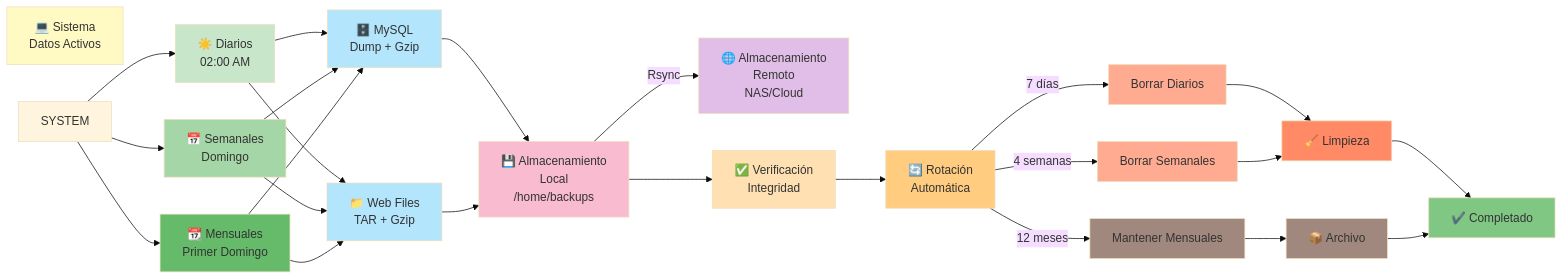
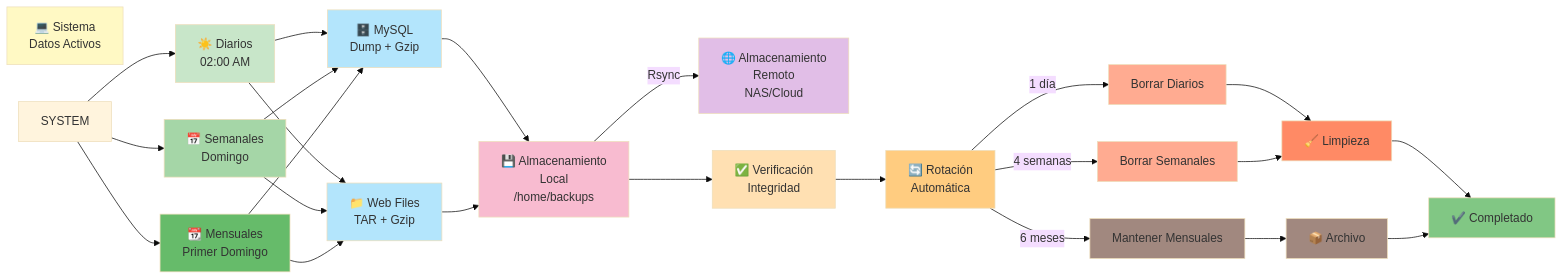
The diagram in docs/04-instalacion/backups.md (vjp-darioMR/infraestructura-lamp), drawn with Mermaid (base theme) before and after one commit. The commit also changed other lines of this file and 1 other file, not shown here.

Commit message:
Correcciones tras revisión: añadidos puertos en diagrama y sintaxis de código

````diff
--- a/docs/04-instalacion/backups.md
+++ b/docs/04-instalacion/backups.md
@@ -9,57 +9,57 @@
 ```mermaid
 graph LR
     SISTEMA["💻 Sistema<br/>Datos Activos"]
     
     DAILY["☀️ Diarios<br/>02:00 AM"]
     WEEKLY["📅 Semanales<br/>Domingo"]
     MONTHLY["📆 Mensuales<br/>Primer Domingo"]
     
     LOCAL["💾 Almacenamiento<br/>Local<br/>/home/backups"]
     REMOTE["🌐 Almacenamiento<br/>Remoto<br/>NAS/Cloud"]
     
     MYSQL["🗄️ MySQL<br/>Dump + Gzip"]
     WEB["📁 Web Files<br/>TAR + Gzip"]
     
     SYSTEM --> DAILY & WEEKLY & MONTHLY
     DAILY --> MYSQL & WEB
     WEEKLY --> MYSQL & WEB
     MONTHLY --> MYSQL & WEB
     
     MYSQL --> LOCAL
     WEB --> LOCAL
     
     LOCAL -->|Rsync| REMOTE
     
     VERIFY["✅ Verificación<br/>Integridad"]
     LOCAL --> VERIFY
     
     RETENTION["🔄 Rotación<br/>Automática"]
     VERIFY --> RETENTION
     
-    RETENTION -->|7 días| DAILY_DEL["Borrar Diarios"]
+    RETENTION -->|1 día| DAILY_DEL["Borrar Diarios"]
     RETENTION -->|4 semanas| WEEKLY_DEL["Borrar Semanales"]
-    RETENTION -->|12 meses| KEEP["Mantener Mensuales"]
+    RETENTION -->|6 meses| KEEP["Mantener Mensuales"]
     
     DAILY_DEL --> CLEANUP["🧹 Limpieza"]
     WEEKLY_DEL --> CLEANUP
     KEEP --> ARCHIVE["📦 Archivo"]
     CLEANUP --> DONE["✔️ Completado"]
     ARCHIVE --> DONE
     
     style SISTEMA fill:#fff9c4
     style DAILY fill:#c8e6c9
     style WEEKLY fill:#a5d6a7
     style MONTHLY fill:#66bb6a
     style MYSQL fill:#b3e5fc
     style WEB fill:#b3e5fc
     style LOCAL fill:#f8bbd0
     style REMOTE fill:#e1bee7
     style VERIFY fill:#ffe0b2
     style RETENTION fill:#ffcc80
     style DAILY_DEL fill:#ffab91
     style WEEKLY_DEL fill:#ffab91
     style KEEP fill:#a1887f
     style CLEANUP fill:#ff8a65
     style ARCHIVE fill:#a1887f
     style DONE fill:#81c784
 ```
````
